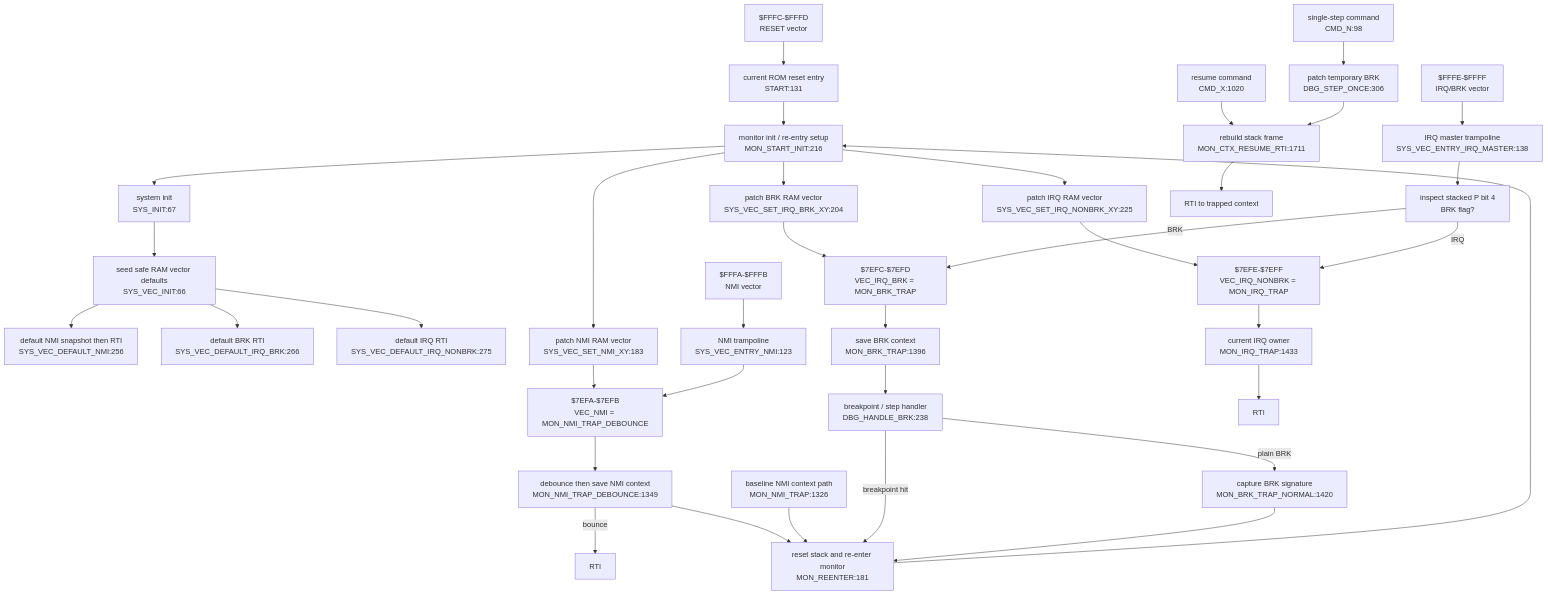
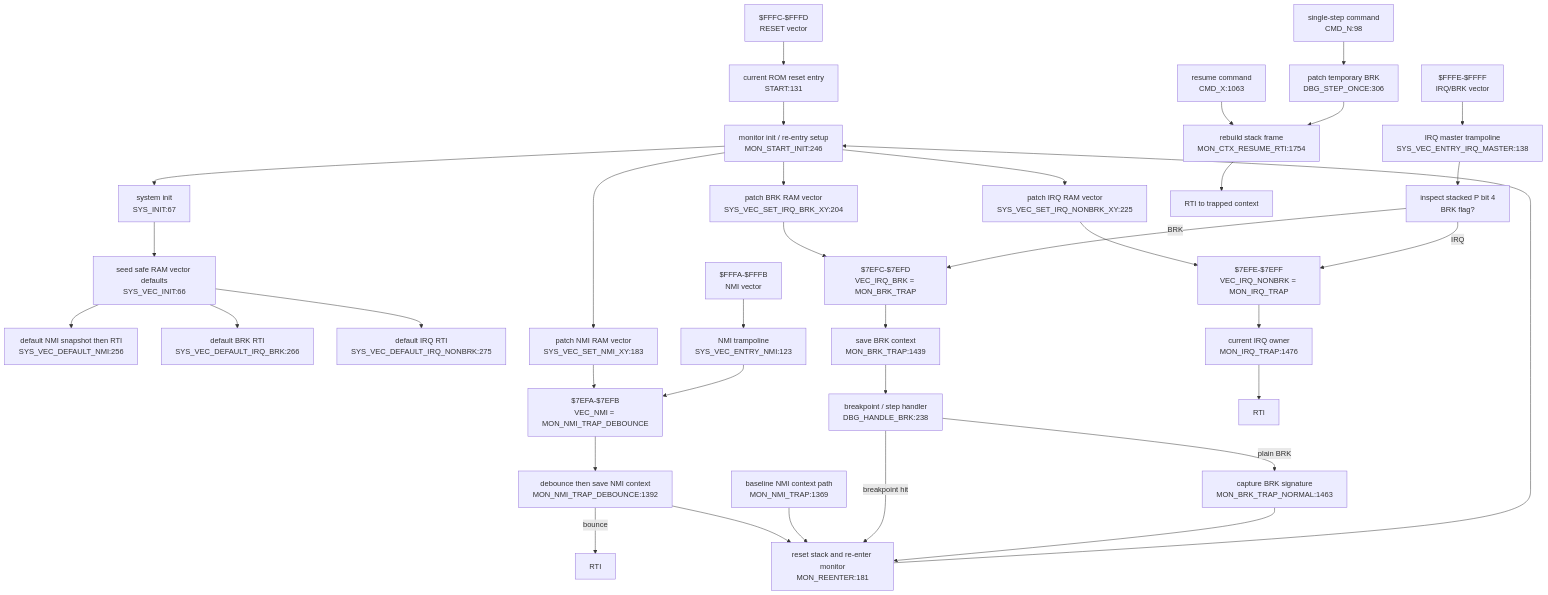
Before and after one commit to 95westus/R-YORS: the diagram in DOC/GENERATED/INTERRUPT_VECTOR_MAP.md, drawn with Mermaid. The commit also changed other lines of this file and 17 other files, not shown here.

````diff
--- a/DOC/GENERATED/INTERRUPT_VECTOR_MAP.md
+++ b/DOC/GENERATED/INTERRUPT_VECTOR_MAP.md
@@ -25,42 +25,42 @@
 ```mermaid
 flowchart TD
     RESETV["$FFFC-$FFFD<br/>RESET vector"] --> STARTN["current ROM reset entry<br/>START:131"]
-    STARTN --> INIT["monitor init / re-entry setup<br/>MON_START_INIT:216"]
+    STARTN --> INIT["monitor init / re-entry setup<br/>MON_START_INIT:246"]
     INIT --> SYSINIT["system init<br/>SYS_INIT:67"]
     SYSINIT --> VECINIT["seed safe RAM vector defaults<br/>SYS_VEC_INIT:66"]
     VECINIT --> DEFNMI["default NMI snapshot then RTI<br/>SYS_VEC_DEFAULT_NMI:256"]
     VECINIT --> DEFBRK["default BRK RTI<br/>SYS_VEC_DEFAULT_IRQ_BRK:266"]
     VECINIT --> DEFIRQ["default IRQ RTI<br/>SYS_VEC_DEFAULT_IRQ_NONBRK:275"]
 
     INIT --> SETNMI["patch NMI RAM vector<br/>SYS_VEC_SET_NMI_XY:183"]
     INIT --> SETBRK["patch BRK RAM vector<br/>SYS_VEC_SET_IRQ_BRK_XY:204"]
     INIT --> SETIRQ["patch IRQ RAM vector<br/>SYS_VEC_SET_IRQ_NONBRK_XY:225"]
     SETNMI --> VECNMI["$7EFA-$7EFB<br/>VEC_NMI = MON_NMI_TRAP_DEBOUNCE"]
     SETBRK --> VECBRK["$7EFC-$7EFD<br/>VEC_IRQ_BRK = MON_BRK_TRAP"]
     SETIRQ --> VECIRQ["$7EFE-$7EFF<br/>VEC_IRQ_NONBRK = MON_IRQ_TRAP"]
 
     NMIV["$FFFA-$FFFB<br/>NMI vector"] --> NMIENTRY["NMI trampoline<br/>SYS_VEC_ENTRY_NMI:123"]
     NMIENTRY --> VECNMI
-    VECNMI --> NMITRAP["debounce then save NMI context<br/>MON_NMI_TRAP_DEBOUNCE:1349"]
+    VECNMI --> NMITRAP["debounce then save NMI context<br/>MON_NMI_TRAP_DEBOUNCE:1392"]
     NMITRAP -->|bounce| RTINMI["RTI"]
     NMITRAP --> REENTER["reset stack and re-enter monitor<br/>MON_REENTER:181"]
-    NMIBASE["baseline NMI context path<br/>MON_NMI_TRAP:1326"] --> REENTER
+    NMIBASE["baseline NMI context path<br/>MON_NMI_TRAP:1369"] --> REENTER
     REENTER --> INIT
 
     IRQV["$FFFE-$FFFF<br/>IRQ/BRK vector"] --> IRQMASTER["IRQ master trampoline<br/>SYS_VEC_ENTRY_IRQ_MASTER:138"]
     IRQMASTER --> SPLIT["inspect stacked P bit 4<br/>BRK flag?"]
     SPLIT -->|BRK| VECBRK
     SPLIT -->|IRQ| VECIRQ
-    VECBRK --> BRKTRAP["save BRK context<br/>MON_BRK_TRAP:1396"]
+    VECBRK --> BRKTRAP["save BRK context<br/>MON_BRK_TRAP:1439"]
     BRKTRAP --> DBGBRK["breakpoint / step handler<br/>DBG_HANDLE_BRK:238"]
     DBGBRK -->|breakpoint hit| REENTER
-    DBGBRK -->|plain BRK| BRKNORMAL["capture BRK signature<br/>MON_BRK_TRAP_NORMAL:1420"]
+    DBGBRK -->|plain BRK| BRKNORMAL["capture BRK signature<br/>MON_BRK_TRAP_NORMAL:1463"]
     BRKNORMAL --> REENTER
-    VECIRQ --> IRQTRAP["current IRQ owner<br/>MON_IRQ_TRAP:1433"]
+    VECIRQ --> IRQTRAP["current IRQ owner<br/>MON_IRQ_TRAP:1476"]
     IRQTRAP --> RTIIRQ["RTI"]
 
-    CMDX["resume command<br/>CMD_X:1020"] --> RESUME["rebuild stack frame<br/>MON_CTX_RESUME_RTI:1711"]
+    CMDX["resume command<br/>CMD_X:1063"] --> RESUME["rebuild stack frame<br/>MON_CTX_RESUME_RTI:1754"]
     CMDN["single-step command<br/>CMD_N:98"] --> STEP["patch temporary BRK<br/>DBG_STEP_ONCE:306"]
     STEP --> RESUME
     RESUME --> RTIRES["RTI to trapped context"]
 ```
````
